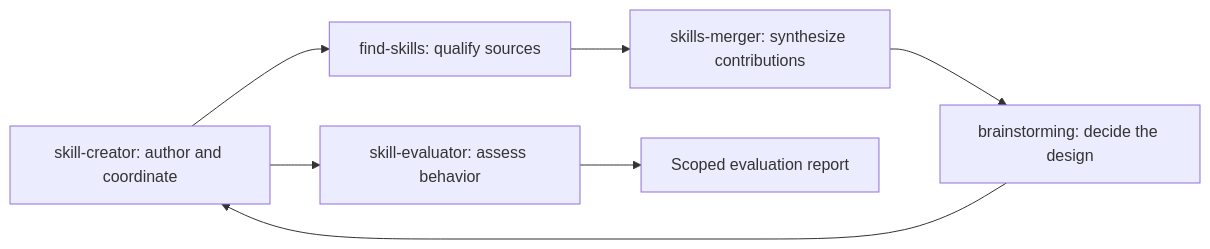
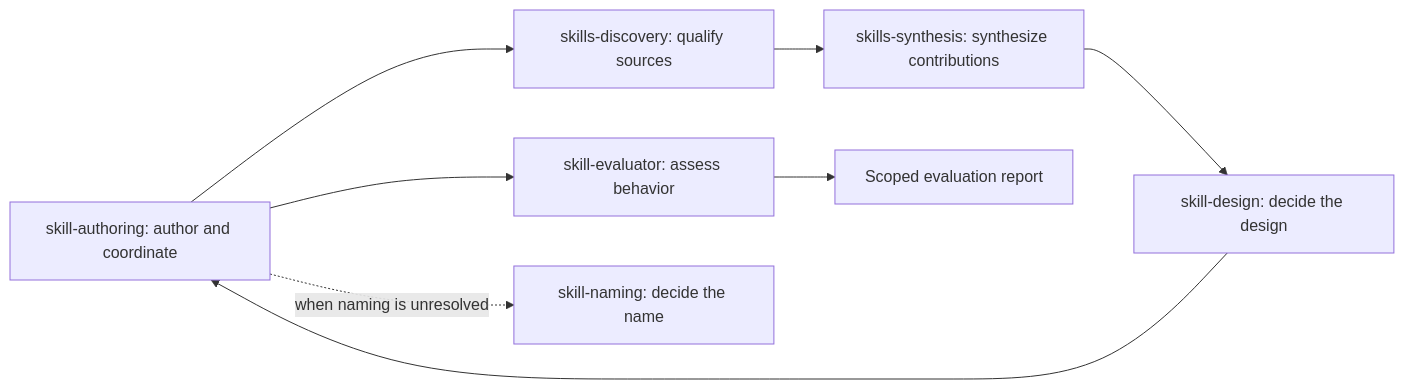
Before and after one commit to i-9-ai/skills: the diagram in README.md, drawn with Mermaid. The commit also changed other lines of this file and 81 other files, not shown here.

Commit message:
feat: make skill packages portable and add focused naming

````diff
--- a/README.md
+++ b/README.md
@@ -7,9 +7,10 @@
 ```mermaid
 flowchart LR
-    C[skill-creator: author and coordinate] --> F[find-skills: qualify sources]
-    F --> M[skills-merger: synthesize contributions]
-    M --> B[brainstorming: decide the design]
+    C[skill-authoring: author and coordinate] --> F[skills-discovery: qualify sources]
+    F --> M[skills-synthesis: synthesize contributions]
+    M --> B[skill-design: decide the design]
     B --> C
     C --> E[skill-evaluator: assess behavior]
     E --> R[Scoped evaluation report]
+    C -. when naming is unresolved .-> N[skill-naming: decide the name]
 ```
````
